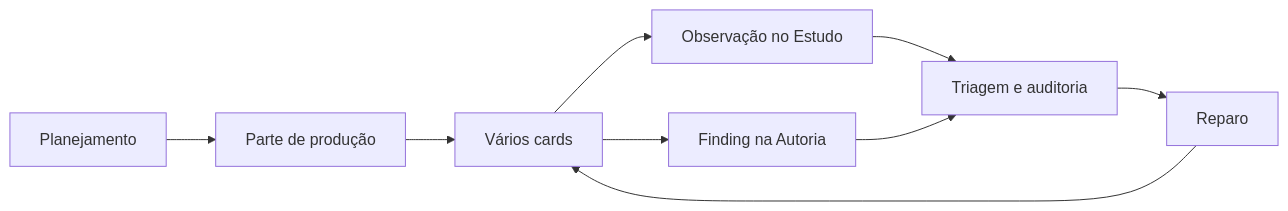
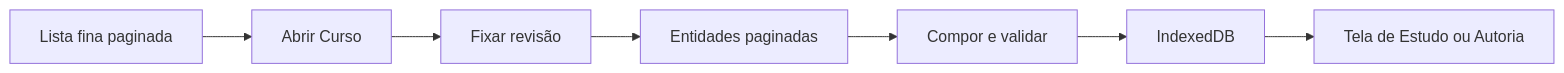
One commit to fabio-ara/AraLearn changed the second of 2 diagrams in docs/estado-atual-e-roadmap.md. Above: the diagram before and after it, drawn with Mermaid. The commit also changed other lines of this file and 134 other files, not shown here.

Commit message:
Unificar Curso entre Autoria e Estudo

````diff
--- a/docs/estado-atual-e-roadmap.md
+++ b/docs/estado-atual-e-roadmap.md
@@ -83,11 +68,9 @@
 ```mermaid
 flowchart LR
-    P[Planejamento] --> B[Parte de produção]
-    B --> C[Vários cards]
-    C --> O[Observação no Estudo]
-    C --> F[Finding na Autoria]
-    O --> T[Triagem e auditoria]
-    F --> T
-    T --> X[Reparo]
-    X --> C
+    L[Lista fina paginada] --> O[Abrir Curso]
+    O --> R[Fixar revisão]
+    R --> P[Entidades paginadas]
+    P --> V[Compor e validar]
+    V --> I[IndexedDB]
+    I --> T[Tela de Estudo ou Autoria]
 ```
````
